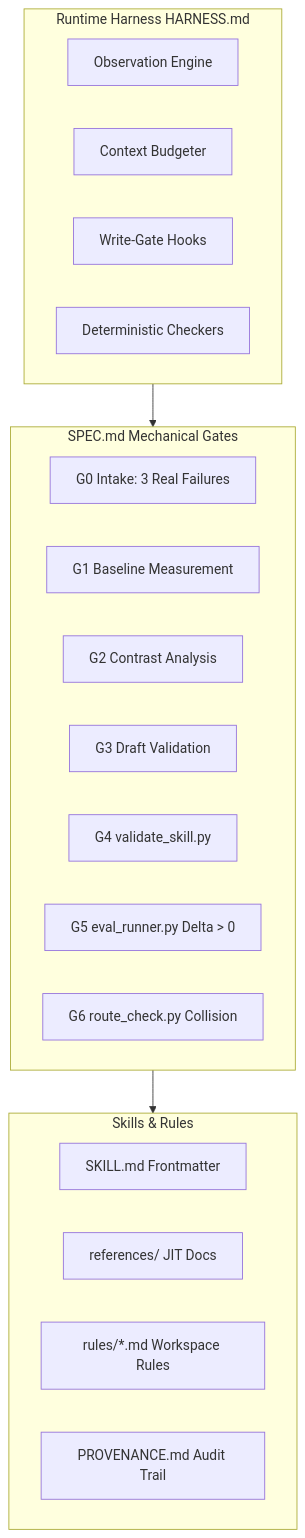
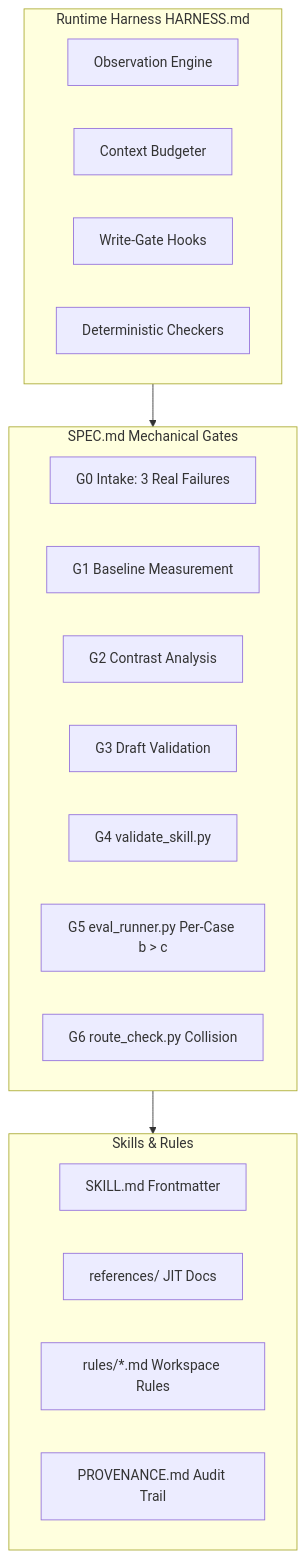
The second of 2 diagrams in docs/DOCUMENTATION.md (syst0m/demiurge), drawn with Mermaid before and after one commit. The commit also changed other lines of this file and 5 other files, not shown here.

````diff
--- a/docs/DOCUMENTATION.md
+++ b/docs/DOCUMENTATION.md
@@ -200,29 +211,29 @@
 ```mermaid
 flowchart TD
     subgraph Harness_Layer [Runtime Harness HARNESS.md]
         H1[Observation Engine]
         H2[Context Budgeter]
         H3[Write-Gate Hooks]
         H4[Deterministic Checkers]
     end
 
     subgraph Gate_Enforcement [SPEC.md Mechanical Gates]
         G0[G0 Intake: 3 Real Failures]
         G1[G1 Baseline Measurement]
         G2[G2 Contrast Analysis]
         G3[G3 Draft Validation]
         G4[G4 validate_skill.py]
-        G5[G5 eval_runner.py Delta > 0]
+        G5[G5 eval_runner.py Per-Case b > c]
         G6[G6 route_check.py Collision]
     end
 
     subgraph Packaging_Layer [Skills & Rules]
         P1[SKILL.md Frontmatter]
         P2[references/ JIT Docs]
         P3[rules/*.md Workspace Rules]
         P4[PROVENANCE.md Audit Trail]
     end
 
     Harness_Layer --> Gate_Enforcement
     Gate_Enforcement --> Packaging_Layer
 ```
````
